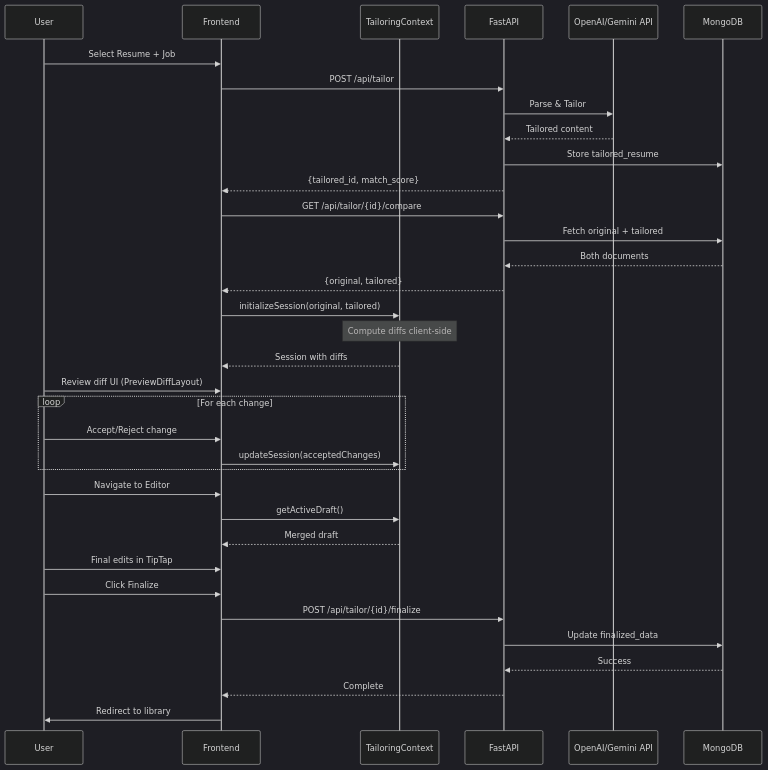
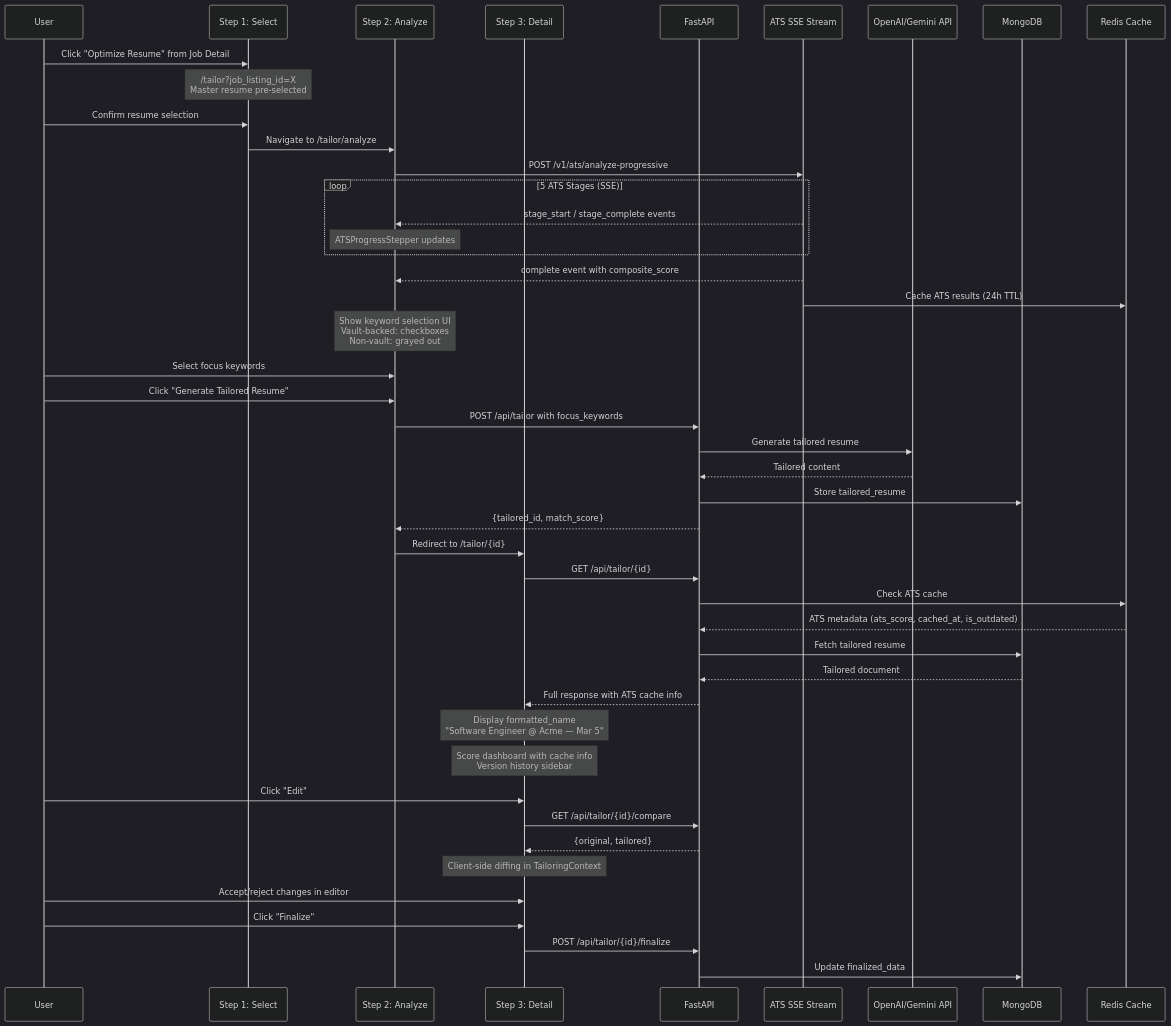
One commit to Sungchunn/AI-Resume-Tailor changed diagram 23 of 33 in docs/architecture/system-architecture.md. Above: the diagram before and after it, drawn with Mermaid (dark theme). The commit also changed other lines of this file and 3 other files, not shown here.

First line of the commit message:
docs: update tailor flow and ATS caching documentation

````diff
--- a/docs/architecture/system-architecture.md
+++ b/docs/architecture/system-architecture.md
@@ -1571,44 +1573,61 @@
 ```mermaid
 sequenceDiagram
     participant User
-    participant UI as Frontend
-    participant TailorCtx as TailoringContext
+    participant Step1 as Step 1: Select
+    participant Step2 as Step 2: Analyze
+    participant Step3 as Step 3: Detail
     participant API as FastAPI
+    participant ATS as ATS SSE Stream
     participant AI as OpenAI/Gemini API
     participant MG as MongoDB
+    participant Redis as Redis Cache
 
-    User->>UI: Select Resume + Job
-    UI->>API: POST /api/tailor
-    API->>AI: Parse & Tailor
+    %% Step 1: Resume Selection
+    User->>Step1: Click "Optimize Resume" from Job Detail
+    Note over Step1: /tailor?job_listing_id=X<br/>Master resume pre-selected
+    User->>Step1: Confirm resume selection
+    Step1->>Step2: Navigate to /tailor/analyze
+
+    %% Step 2: ATS Analysis + Keyword Selection
+    Step2->>ATS: POST /v1/ats/analyze-progressive
+
+    loop 5 ATS Stages (SSE)
+        ATS-->>Step2: stage_start / stage_complete events
+        Note over Step2: ATSProgressStepper updates
+    end
+    ATS-->>Step2: complete event with composite_score
+    ATS->>Redis: Cache ATS results (24h TTL)
+
+    Note over Step2: Show keyword selection UI<br/>Vault-backed: checkboxes<br/>Non-vault: grayed out
+    User->>Step2: Select focus keywords
+    User->>Step2: Click "Generate Tailored Resume"
+
+    %% AI Tailoring with focus_keywords
+    Step2->>API: POST /api/tailor with focus_keywords
+    API->>AI: Generate tailored resume
     AI-->>API: Tailored content
     API->>MG: Store tailored_resume
-    API-->>UI: {tailored_id, match_score}
+    API-->>Step2: {tailored_id, match_score}
+    Step2->>Step3: Redirect to /tailor/{id}
 
-    UI->>API: GET /api/tailor/{id}/compare
-    API->>MG: Fetch original + tailored
-    MG-->>API: Both documents
-    API-->>UI: {original, tailored}
+    %% Step 3: Detail Page
+    Step3->>API: GET /api/tailor/{id}
+    API->>Redis: Check ATS cache
+    Redis-->>API: ATS metadata (ats_score, cached_at, is_outdated)
+    API->>MG: Fetch tailored resume
+    MG-->>API: Tailored document
+    API-->>Step3: Full response with ATS cache info
 
-    UI->>TailorCtx: initializeSession(original, tailored)
-    Note over TailorCtx: Compute diffs client-side
-    TailorCtx-->>UI: Session with diffs
+    Note over Step3: Display formatted_name<br/>"Software Engineer @ Acme — Mar 5"
+    Note over Step3: Score dashboard with cache info<br/>Version history sidebar
 
-    User->>UI: Review diff UI (PreviewDiffLayout)
-
-    loop For each change
-        User->>UI: Accept/Reject change
-        UI->>TailorCtx: updateSession(acceptedChanges)
-    end
-
-    User->>UI: Navigate to Editor
-    UI->>TailorCtx: getActiveDraft()
-    TailorCtx-->>UI: Merged draft
-
-    User->>UI: Final edits in TipTap
-    User->>UI: Click Finalize
-    UI->>API: POST /api/tailor/{id}/finalize
+    %% Optional: Edit flow
+    User->>Step3: Click "Edit"
+    Step3->>API: GET /api/tailor/{id}/compare
+    API-->>Step3: {original, tailored}
+    Note over Step3: Client-side diffing in TailoringContext
+    User->>Step3: Accept/reject changes in editor
+    User->>Step3: Click "Finalize"
+    Step3->>API: POST /api/tailor/{id}/finalize
     API->>MG: Update finalized_data
-    MG-->>API: Success
-    API-->>UI: Complete
-    UI->>User: Redirect to library
 ```
````
